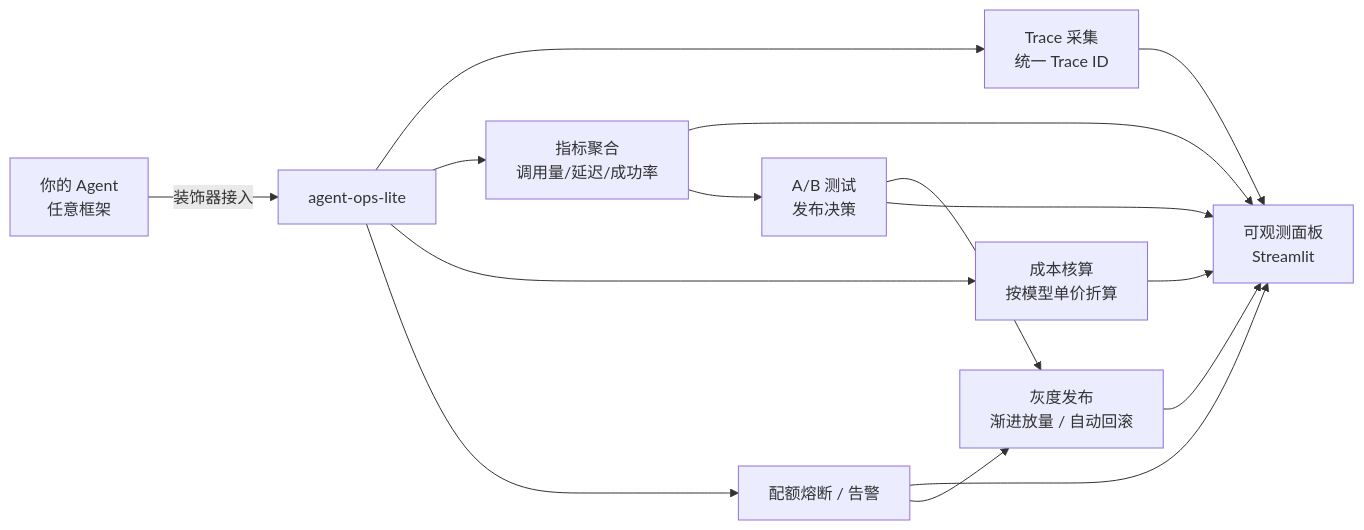
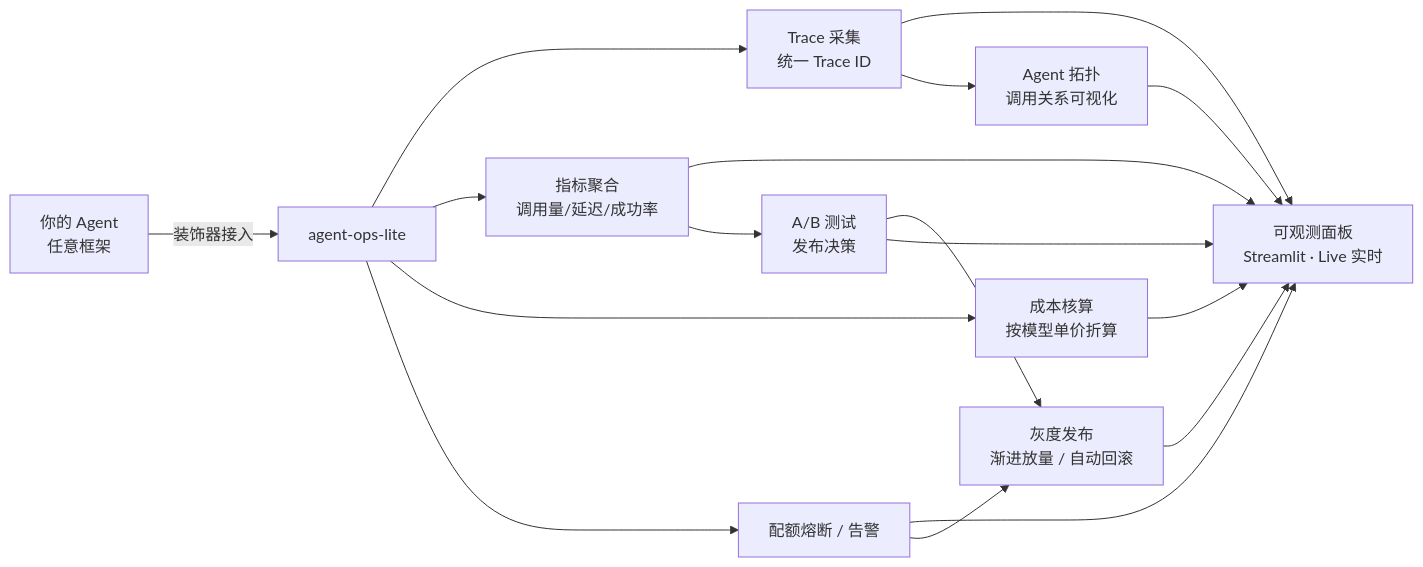
One commit to MWCIC111/agent-ops-lite changed the diagram in README.md. Above: the diagram before and after it, drawn with Mermaid. The commit also changed other lines of this file and 2 other files, not shown here.

````diff
--- a/README.md
+++ b/README.md
@@ -58,17 +59,19 @@
 ```mermaid
 flowchart LR
     A[你的 Agent<br/>任意框架] -->|装饰器接入| B[agent-ops-lite]
     B --> C[Trace 采集<br/>统一 Trace ID]
     B --> D[指标聚合<br/>调用量/延迟/成功率]
     B --> E[成本核算<br/>按模型单价折算]
     B --> F[配额熔断 / 告警]
-    C --> G[可观测面板<br/>Streamlit]
+    C --> G[可观测面板<br/>Streamlit · Live 实时]
     D --> G
     E --> G
     F --> G
+    C --> J[Agent 拓扑<br/>调用关系可视化]
+    J --> G
     D --> H[A/B 测试<br/>发布决策]
     H --> I[灰度发布<br/>渐进放量 / 自动回滚]
     F --> I
     H --> G
     I --> G
 ```
````
